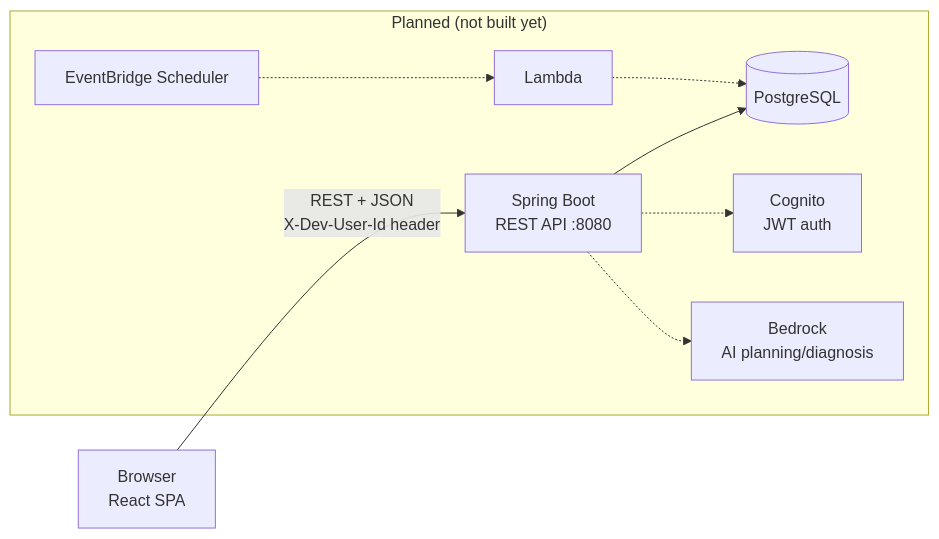
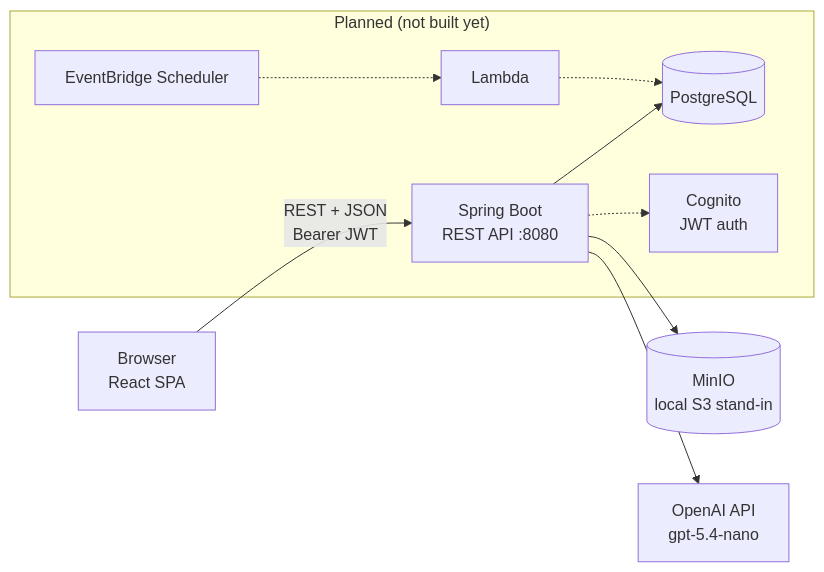
Before and after one commit to jessig1/greenthumb: the first of 2 diagrams in .claude/docs/architecture.md, drawn with Mermaid. The commit also changed other lines of this file and 67 other files, not shown here.

````diff
--- a/.claude/docs/architecture.md
+++ b/.claude/docs/architecture.md
@@ -9,11 +9,12 @@
 ```mermaid
 flowchart LR
-    Browser["Browser<br/>React SPA"] -->|"REST + JSON<br/>X-Dev-User-Id header"| Backend
+    Browser["Browser<br/>React SPA"] -->|"REST + JSON<br/>Bearer JWT"| Backend
     Backend["Spring Boot<br/>REST API :8080"] --> DB[("PostgreSQL")]
+    Backend --> MinIO[("MinIO<br/>local S3 stand-in")]
+    Backend --> OpenAI["OpenAI API<br/>gpt-5.4-nano"]
 
     subgraph "Planned (not built yet)"
         Backend -.-> Cognito["Cognito<br/>JWT auth"]
-        Backend -.-> Bedrock["Bedrock<br/>AI planning/diagnosis"]
         Scheduler["EventBridge Scheduler"] -.-> Lambda["Lambda"] -.-> DB
     end
 ```
````
